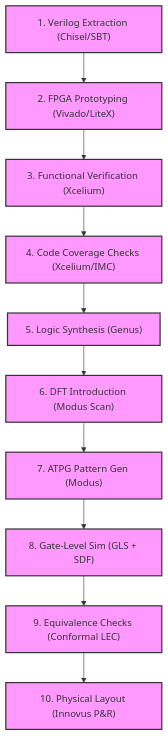
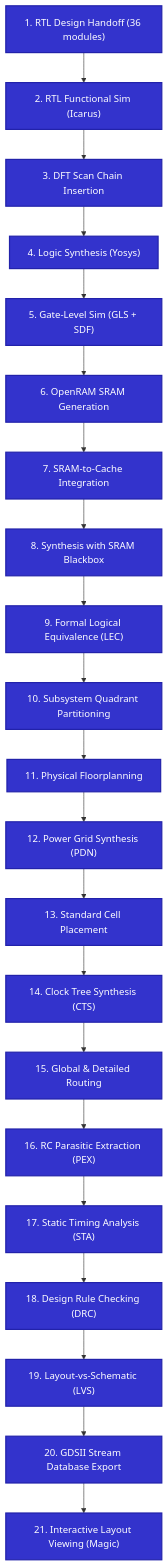
Before and after one commit to anupamsarashwat1-cloud/smvdu-titan-x: the seventh of 7 diagrams in README.md, drawn with Mermaid. The commit also changed other lines of this file, not shown here.

Commit message:
docs: update main README and landing page to document the 21-step Open Source Physical Design flow and SCL 180nm GDSII tape-out specs

````diff
--- a/README.md
+++ b/README.md
@@ -662,16 +722,27 @@
 ```mermaid
 graph TD
-    classDef step fill:#f9f,stroke:#333,stroke-width:2px;
+    classDef step fill:#33c,stroke:#22a,stroke-width:2px,color:#fff;
     
-    A["1. Verilog Extraction (Chisel/SBT)"] --> B["2. FPGA Prototyping (Vivado/LiteX)"]
-    B --> C["3. Functional Verification (Xcelium)"]
-    C --> D["4. Code Coverage Checks (Xcelium/IMC)"]
-    D --> E["5. Logic Synthesis (Genus)"]
-    E --> F["6. DFT Introduction (Modus Scan)"]
-    F --> G["7. ATPG Pattern Gen (Modus)"]
-    G --> H["8. Gate-Level Sim (GLS + SDF)"]
-    H --> I["9. Equivalence Checks (Conformal LEC)"]
-    I --> J["10. Physical Layout (Innovus P&R)"]
-    
-    class A,B,C,D,E,F,G,H,I,J step;
+    A["1. RTL Design Handoff (36 modules)"] --> B["2. RTL Functional Sim (Icarus)"]
+    B --> C["3. DFT Scan Chain Insertion"]
+    C --> D["4. Logic Synthesis (Yosys)"]
+    D --> E["5. Gate-Level Sim (GLS + SDF)"]
+    E --> F["6. OpenRAM SRAM Generation"]
+    F --> G["7. SRAM-to-Cache Integration"]
+    G --> H["8. Synthesis with SRAM Blackbox"]
+    H --> I["9. Formal Logical Equivalence (LEC)"]
+    I --> J["10. Subsystem Quadrant Partitioning"]
+    J --> K["11. Physical Floorplanning"]
+    K --> L["12. Power Grid Synthesis (PDN)"]
+    L --> M["13. Standard Cell Placement"]
+    M --> N["14. Clock Tree Synthesis (CTS)"]
+    N --> O["15. Global & Detailed Routing"]
+    O --> P["16. RC Parasitic Extraction (PEX)"]
+    P --> Q["17. Static Timing Analysis (STA)"]
+    Q --> R["18. Design Rule Checking (DRC)"]
+    R --> S["19. Layout-vs-Schematic (LVS)"]
+    S --> T["20. GDSII Stream Database Export"]
+    T --> U["21. Interactive Layout Viewing (Magic)"]
+
+    class A,B,C,D,E,F,G,H,I,J,K,L,M,N,O,P,Q,R,S,T,U step;
 ```
````
